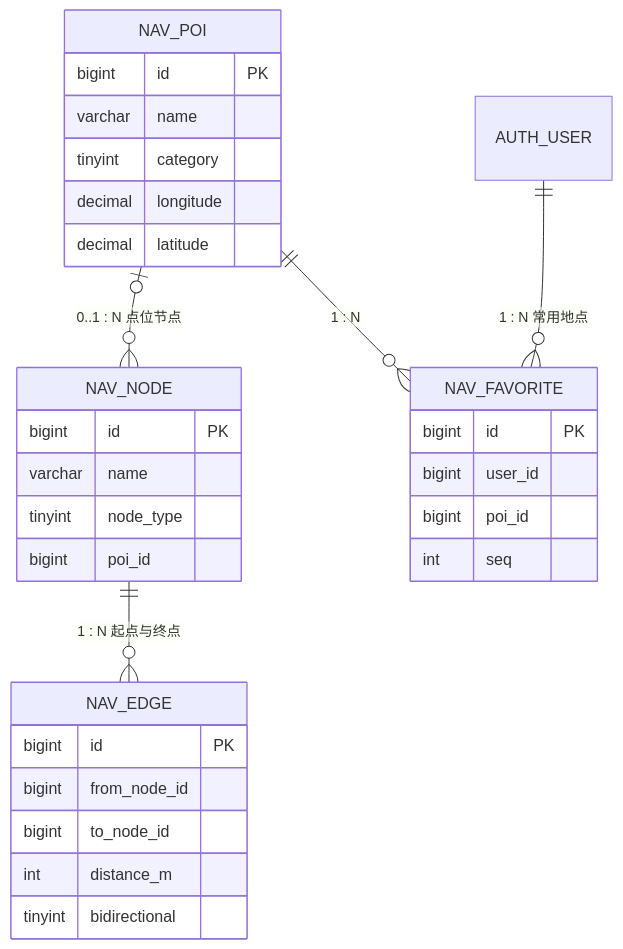
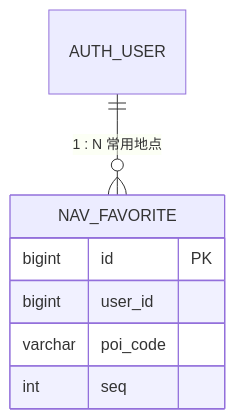
The third of 5 diagrams in docs/数据建模.md (zjy2968466837/se-yingxin-digital-human), drawn with Mermaid before and after one commit. The commit also changed other lines of this file and 1 other file, not shown here.

First line of the commit message:
docs: 地图数据改为静态资源（不入库）

````diff
--- a/docs/数据建模.md
+++ b/docs/数据建模.md
@@ -705,34 +728,11 @@
 ```mermaid
 erDiagram
-    NAV_NODE ||--o{ NAV_EDGE : "1 : N 起点与终点"
-    NAV_POI |o--o{ NAV_NODE : "0..1 : N 点位节点"
     AUTH_USER ||--o{ NAV_FAVORITE : "1 : N 常用地点"
-    NAV_POI ||--o{ NAV_FAVORITE : "1 : N"
 
-    NAV_POI {
-        bigint id PK
-        varchar name
-        tinyint category
-        decimal longitude
-        decimal latitude
-    }
-    NAV_NODE {
-        bigint id PK
-        varchar name
-        tinyint node_type
-        bigint poi_id
-    }
-    NAV_EDGE {
-        bigint id PK
-        bigint from_node_id
-        bigint to_node_id
-        int distance_m
-        tinyint bidirectional
-    }
     NAV_FAVORITE {
         bigint id PK
         bigint user_id
-        bigint poi_id
+        varchar poi_code
         int seq
     }
 ```
````
